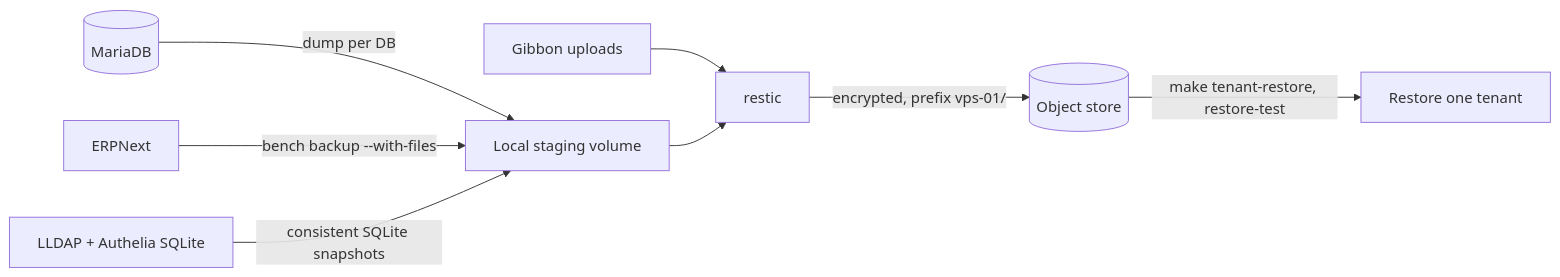
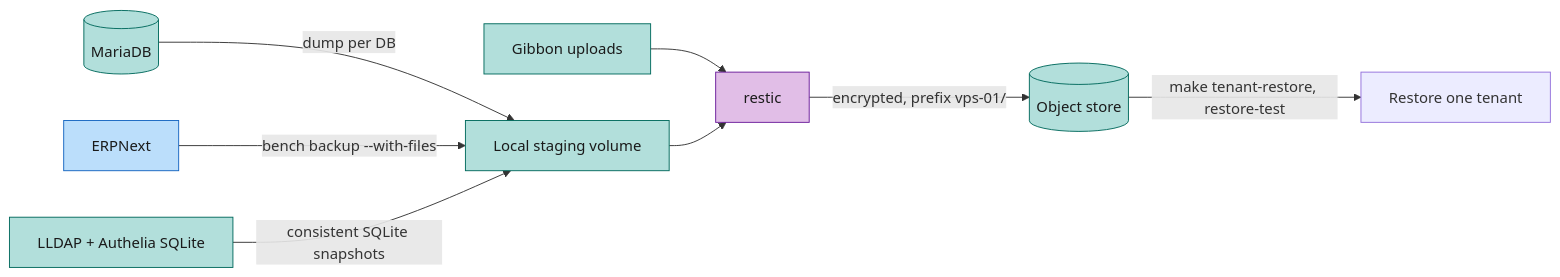
One commit to varunpathania86/nigu-lite changed the eighth of 23 diagrams in master-plan.md. Above: the diagram before and after it, drawn with Mermaid. The commit also changed other lines of this file and 38 other files, not shown here.

````diff
--- a/master-plan.md
+++ b/master-plan.md
@@ -453,10 +506,16 @@
 ```mermaid
 flowchart LR
   MDB[("MariaDB")] -->|"dump per DB"| ST["Local staging volume"]
   ERP[ERPNext] -->|"bench backup --with-files"| ST
   ID["LLDAP + Authelia SQLite"] -->|"consistent SQLite snapshots"| ST
   UP["Gibbon uploads"] --> R
   ST --> R[restic]
   R -->|"encrypted, prefix vps-01/"| S3[("Object store")]
   S3 -->|"make tenant-restore, restore-test"| RS["Restore one tenant"]
+  class ERP app
+  class R core
+  class MDB,ID,UP,ST,S3 data
+  classDef app fill:#bbdefb,stroke:#1565c0,color:#1a1a1a
+  classDef core fill:#e1bee7,stroke:#6a1b9a,color:#1a1a1a
+  classDef data fill:#b2dfdb,stroke:#00695c,color:#1a1a1a
 ```
````
